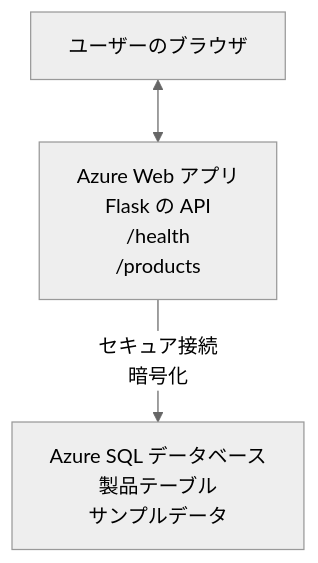
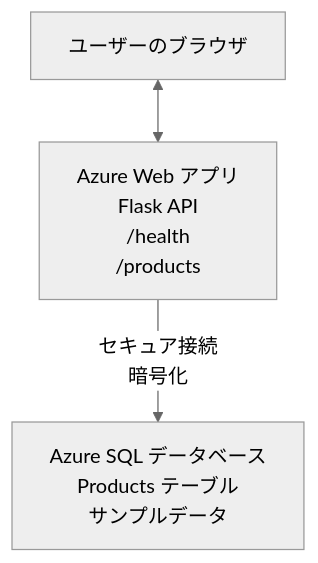
Before and after one commit to microsoft/AZD-for-beginners: the diagram in translations/ja/examples/database-app/README.md, drawn with Mermaid (neutral theme). The commit also changed other lines of this file and 104 other files, not shown here.

````diff
--- a/translations/ja/examples/database-app/README.md
+++ b/translations/ja/examples/database-app/README.md
@@ -71,5 +72,5 @@
 ```mermaid
 graph TD
-    Browser[ユーザーのブラウザ] <--> WebApp[Azure Web アプリ<br/>Flask の API<br/>/health<br/>/products]
-    WebApp -- セキュア接続<br/>暗号化 --> SQL[Azure SQL データベース<br/>製品テーブル<br/>サンプルデータ]
+    Browser[ユーザーのブラウザ] <--> WebApp[Azure Web アプリ<br/>Flask API<br/>/health<br/>/products]
+    WebApp -- セキュア接続<br/>暗号化 --> SQL[Azure SQL データベース<br/>Products テーブル<br/>サンプルデータ]
 ```
````
